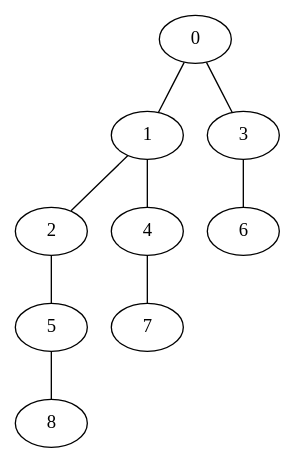
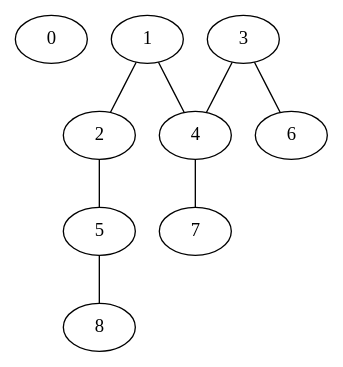
One commit to dgcnz/fully-dynamic-connectivity changed the diagram in exports/dot/spanning.dot. Above: the diagram before and after it, drawn with Graphviz. The commit also changed 38 other files, not shown here.

```diff
--- a/exports/dot/spanning.dot
+++ b/exports/dot/spanning.dot
@@ -1,28 +1,26 @@
 strict graph {
 0 [pos="0,0!" ]
 1 [pos="1,0!" ]
 2 [pos="2,0!" ]
 3 [pos="0,-1!" ]
 4 [pos="1,-1!" ]
 5 [pos="2,-1!" ]
 6 [pos="0,-2!" ]
 7 [pos="1,-2!" ]
 8 [pos="2,-2!" ]
 
-0 -- 3
-0 -- 1
-1 -- 0
 1 -- 4
 1 -- 2
 2 -- 1
 2 -- 5
-3 -- 0
 3 -- 6
+3 -- 4
 4 -- 1
+4 -- 3
 4 -- 7
 5 -- 2
 5 -- 8
 6 -- 3
 7 -- 4
 8 -- 5
 }
```
